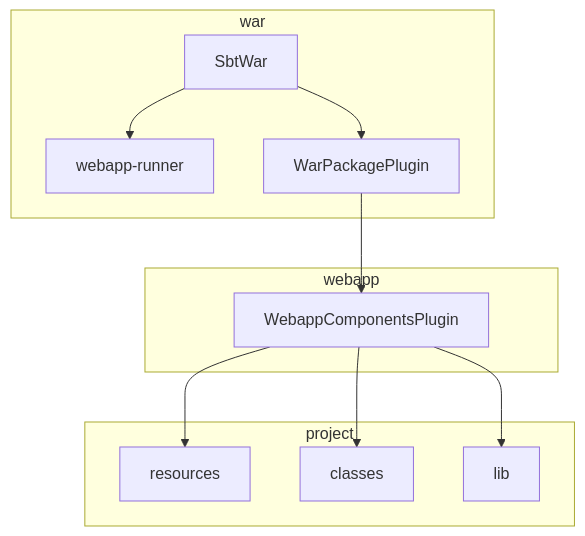
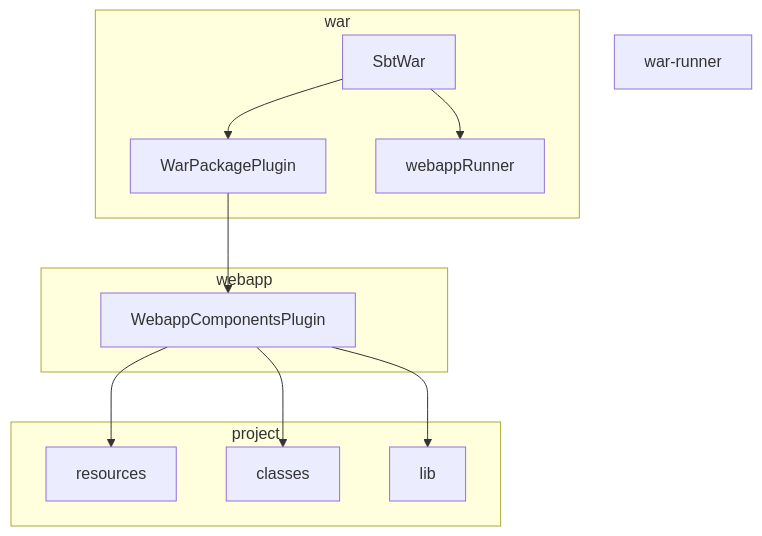
One commit to earldouglas/sbt-war changed the diagram in CONTRIBUTING.md. Above: the diagram before and after it, drawn with Mermaid.

Commit message:
webapp-runner -> war-runner

````diff
--- a/CONTRIBUTING.md
+++ b/CONTRIBUTING.md
@@ -5,32 +5,32 @@
 ```mermaid
 flowchart TB
 
-    webappRunner[webapp-runner]
+    warRunner[war-runner]
 
     subgraph war
       SbtWar
       WarPackagePlugin
       webappRunner
     end
 
     subgraph webapp
       WebappComponentsPlugin
     end
 
     subgraph project
         resources
         classes
         lib
     end
 
 
     WebappComponentsPlugin-->resources
     WebappComponentsPlugin-->classes
     WebappComponentsPlugin-->lib
 
     WarPackagePlugin-->WebappComponentsPlugin
 
     SbtWar-->WarPackagePlugin
     SbtWar-->webappRunner
 
 ```
````
